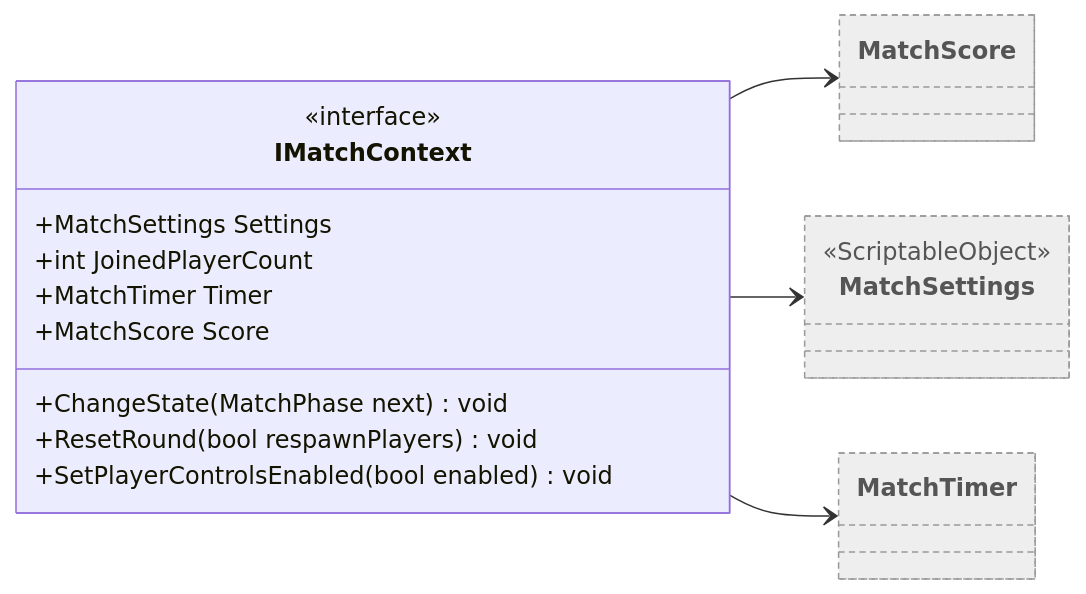
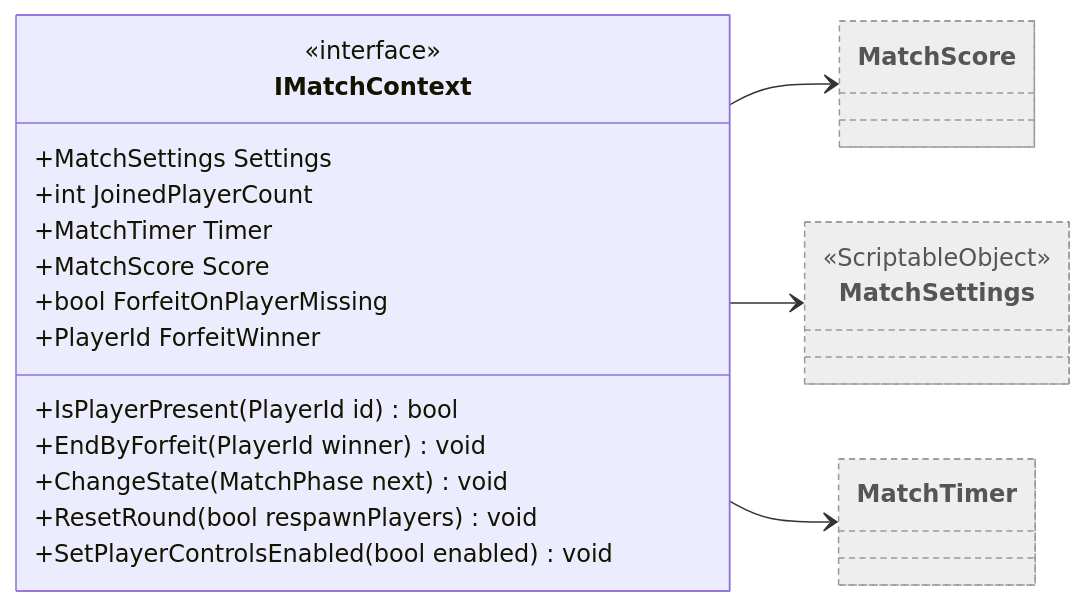
One commit to Chacashi/Alien-Farms changed the diagram in Docs/Arquitectura/Clases/Match/IMatchContext.md. Above: the diagram before and after it, drawn with Mermaid. The commit also changed other lines of this file and 257 other files, not shown here.

````diff
--- a/Docs/Arquitectura/Clases/Match/IMatchContext.md
+++ b/Docs/Arquitectura/Clases/Match/IMatchContext.md
@@ -18,22 +18,26 @@
 ```mermaid
 classDiagram
   direction LR
   class IMatchContext {
     <<interface>>
     +MatchSettings Settings
     +int JoinedPlayerCount
     +MatchTimer Timer
     +MatchScore Score
+    +bool ForfeitOnPlayerMissing
+    +PlayerId ForfeitWinner
+    +IsPlayerPresent(PlayerId id) bool
+    +EndByForfeit(PlayerId winner) void
     +ChangeState(MatchPhase next) void
     +ResetRound(bool respawnPlayers) void
     +SetPlayerControlsEnabled(bool enabled) void
   }
   class MatchScore:::external
   class MatchSettings:::external
   <<ScriptableObject>> MatchSettings
   class MatchTimer:::external
   IMatchContext --> MatchScore
   IMatchContext --> MatchSettings
   IMatchContext --> MatchTimer
   classDef external fill:#eee,stroke:#999,stroke-dasharray: 4 3,color:#555
 ```
````
